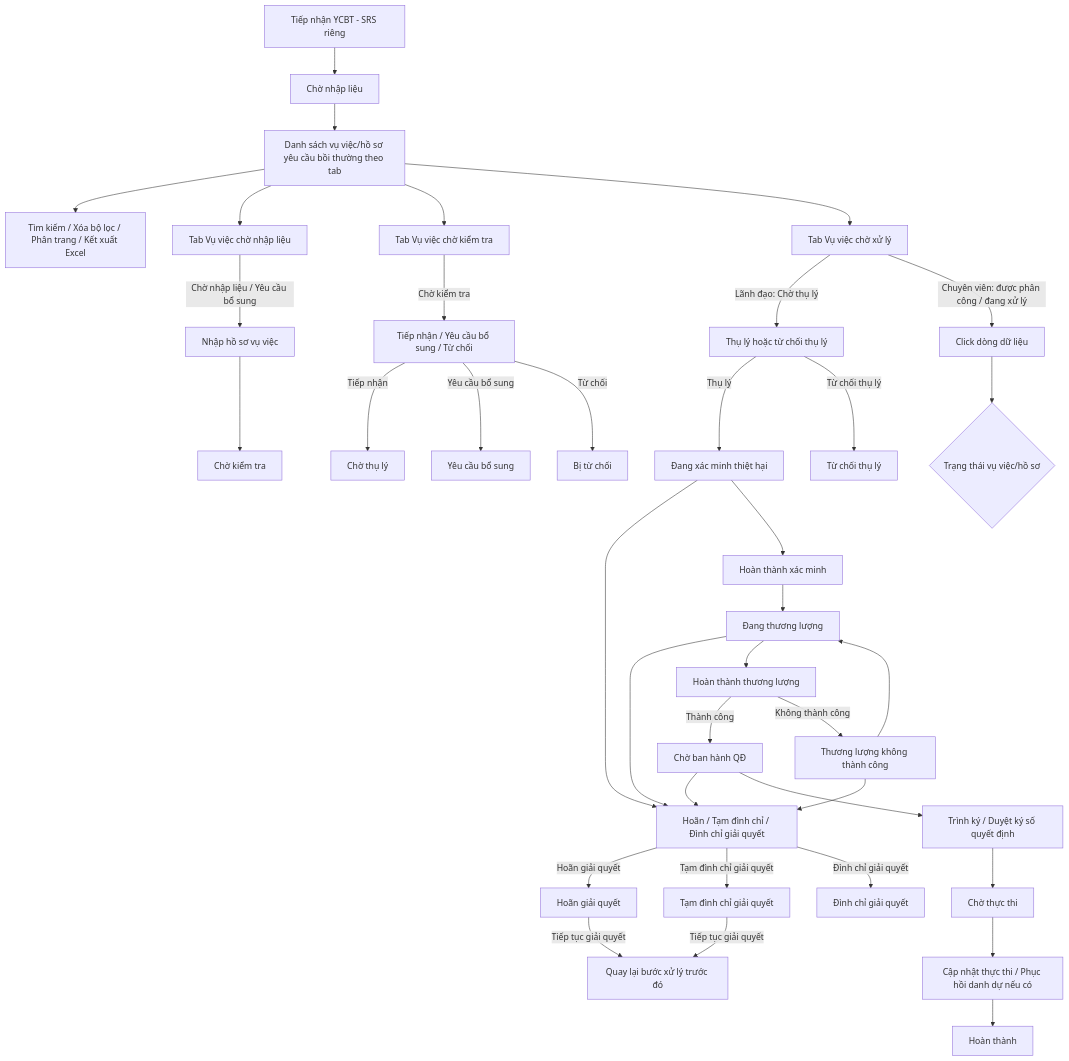
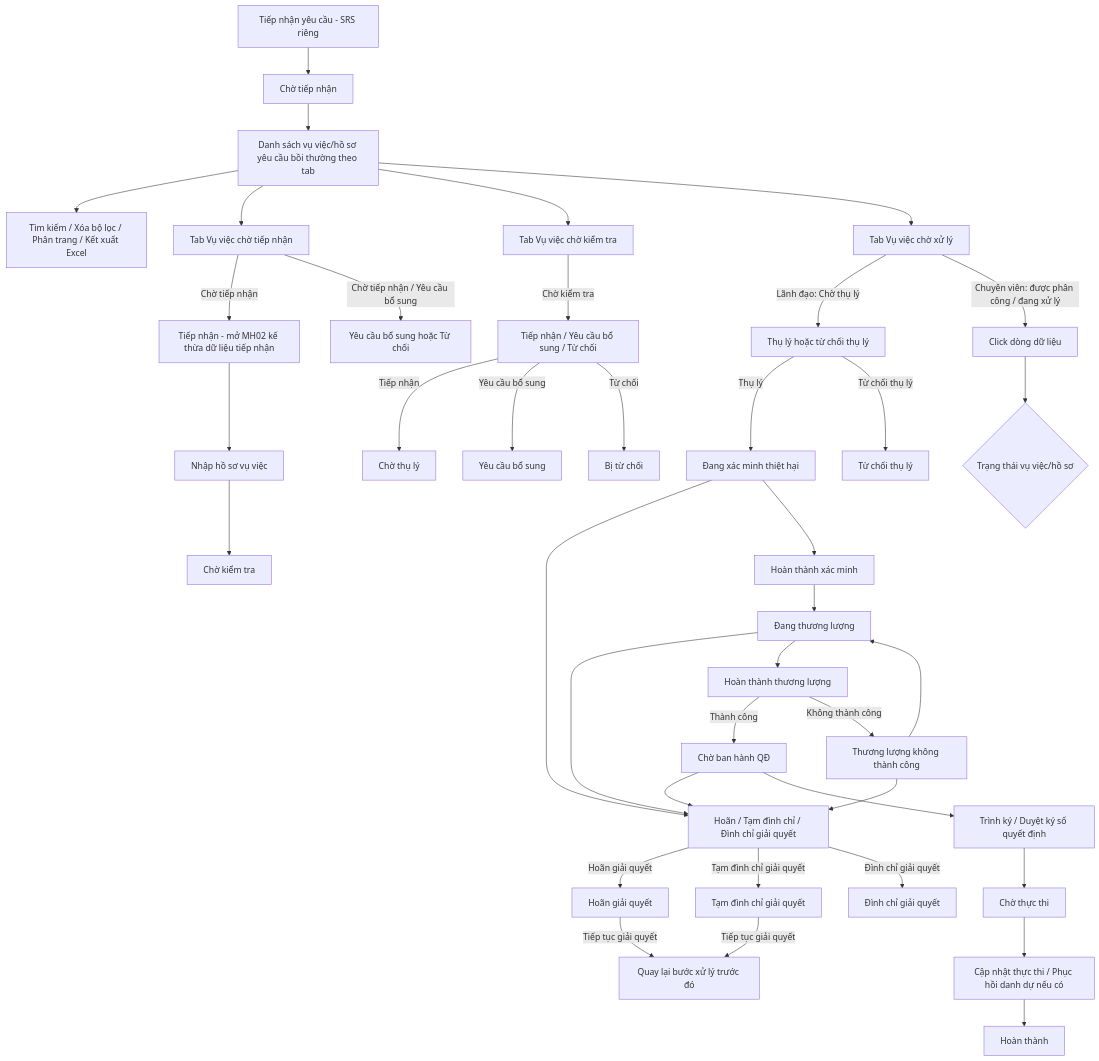
The diagram in Tai lieu phan tich/03_Website_Quan_tri/03_Cong_tac_boi_thuong/SRS_BTNN_GiaiQuyetBT_GiaiQuyet_YCBT.md (huyendt2007/BPBD_UI), drawn with Mermaid before and after one commit. The commit also changed other lines of this file and 55 other files, not shown here.

Commit message:
feat(btnn-srs): bo sung thong tin phuong xa va cap nhat tiep nhan yeu cau, xac dinh co quan

````diff
--- a/Tai lieu phan tich/03_Website_Quan_tri/03_Cong_tac_boi_thuong/SRS_BTNN_GiaiQuyetBT_GiaiQuyet_YCBT.md
+++ b/Tai lieu phan tich/03_Website_Quan_tri/03_Cong_tac_boi_thuong/SRS_BTNN_GiaiQuyetBT_GiaiQuyet_YCBT.md
@@ -36,39 +36,41 @@
 ```mermaid
 flowchart TD
     A[Danh sách vụ việc/hồ sơ yêu cầu bồi thường theo tab] --> B[Tìm kiếm / Xóa bộ lọc / Phân trang / Kết xuất Excel]
-    TN[Tiếp nhận YCBT - SRS riêng] --> D["Chờ nhập liệu"]
+    TN[Tiếp nhận yêu cầu - SRS riêng] --> D["Chờ tiếp nhận"]
     D --> A
-    A --> T1[Tab Vụ việc chờ nhập liệu]
+    A --> T1[Tab Vụ việc chờ tiếp nhận]
     A --> T2[Tab Vụ việc chờ kiểm tra]
     A --> T3[Tab Vụ việc chờ xử lý]
-    T1 -->|"Chờ nhập liệu / Yêu cầu bổ sung"| E[Nhập hồ sơ vụ việc]
+    T1 -->|"Chờ tiếp nhận"| E1[Tiếp nhận - mở MH02 kế thừa dữ liệu tiếp nhận]
+    T1 -->|"Chờ tiếp nhận / Yêu cầu bổ sung"| E2[Yêu cầu bổ sung hoặc Từ chối]
+    E1 --> E[Nhập hồ sơ vụ việc]
     T2 -->|"Chờ kiểm tra"| I[Tiếp nhận / Yêu cầu bổ sung / Từ chối]
     T3 -->|"Lãnh đạo: Chờ thụ lý"| M[Thụ lý hoặc từ chối thụ lý]
     T3 -->|"Chuyên viên: được phân công / đang xử lý"| G[Click dòng dữ liệu]
     G --> H{Trạng thái vụ việc/hồ sơ}
     E --> F["Chờ kiểm tra"]
     I -->|"Tiếp nhận"| J["Chờ thụ lý"]
     I -->|"Yêu cầu bổ sung"| K["Yêu cầu bổ sung"]
     I -->|"Từ chối"| L["Bị từ chối"]
     M -->|"Thụ lý"| N["Đang xác minh thiệt hại"]
     M -->|"Từ chối thụ lý"| O["Từ chối thụ lý"]
     N --> Y[Hoãn / Tạm đình chỉ / Đình chỉ giải quyết]
     Q --> Y
     T --> Y
     S --> Y
     Y -->|"Hoãn giải quyết"| Y1["Hoãn giải quyết"]
     Y -->|"Tạm đình chỉ giải quyết"| Y2["Tạm đình chỉ giải quyết"]
     Y -->|"Đình chỉ giải quyết"| Y3["Đình chỉ giải quyết"]
     Y1 -->|"Tiếp tục giải quyết"| Z[Quay lại bước xử lý trước đó]
     Y2 -->|"Tiếp tục giải quyết"| Z
     N --> P[Hoàn thành xác minh]
     P --> Q["Đang thương lượng"]
     Q --> R[Hoàn thành thương lượng]
     R -->|"Thành công"| S["Chờ ban hành QĐ"]
     R -->|"Không thành công"| T["Thương lượng không thành công"]
     T --> Q
     S --> U[Trình ký / Duyệt ký số quyết định]
     U --> V["Chờ thực thi"]
     V --> W[Cập nhật thực thi / Phục hồi danh dự nếu có]
     W --> X["Hoàn thành"]
 ```
````
